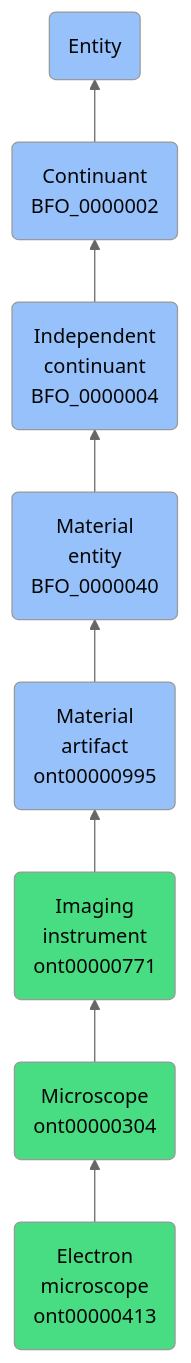
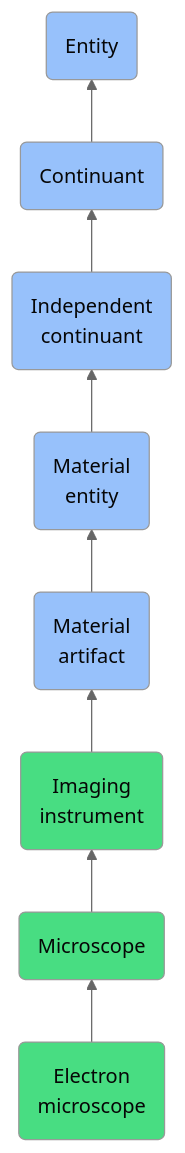
Before and after one commit to jupyter-naas/abi: the diagram in docs/ontology/reference/model/Entity/Continuant/Independent continuant/Material entity/Material artifact/Imaging instrument/Microscope/Electron microscope/Electron microscope.md, drawn with Mermaid (neutral theme). The commit also changed other lines of this file and 1430 other files, not shown here.

````diff
--- a/docs/ontology/reference/model/Entity/Continuant/Independent continuant/Material entity/Material artifact/Imaging instrument/Microscope/Electron microscope/Electron microscope.md
+++ b/docs/ontology/reference/model/Entity/Continuant/Independent continuant/Material entity/Material artifact/Imaging instrument/Microscope/Electron microscope/Electron microscope.md
@@ -24,15 +24,15 @@
 ```mermaid
 graph BT
-    ont00000413(Electron<br>microscope<br>ont00000413):::ABI-->ont00000304
-    ont00000304(Microscope<br>ont00000304):::ABI-->ont00000771
-    ont00000771(Imaging<br>instrument<br>ont00000771):::ABI-->ont00000995
-    ont00000995(Material<br>artifact<br>ont00000995):::BFO-->BFO_0000040
-    BFO_0000040(Material<br>entity<br>BFO_0000040):::BFO-->BFO_0000004
-    BFO_0000004(Independent<br>continuant<br>BFO_0000004):::BFO-->BFO_0000002
-    BFO_0000002(Continuant<br>BFO_0000002):::BFO-->BFO_0000001
+    ont00000413(Electron<br>microscope):::ABI-->ont00000304
+    ont00000304(Microscope):::ABI-->ont00000771
+    ont00000771(Imaging<br>instrument):::ABI-->ont00000995
+    ont00000995(Material<br>artifact):::BFO-->BFO_0000040
+    BFO_0000040(Material<br>entity):::BFO-->BFO_0000004
+    BFO_0000004(Independent<br>continuant):::BFO-->BFO_0000002
+    BFO_0000002(Continuant):::BFO-->BFO_0000001
     BFO_0000001(Entity):::BFO
     
     classDef BFO fill:#97c1fb,color:#060606
     classDef CCO fill:#e4c51e,color:#060606
     classDef ABI fill:#48DD82,color:#060606
 ```
````
